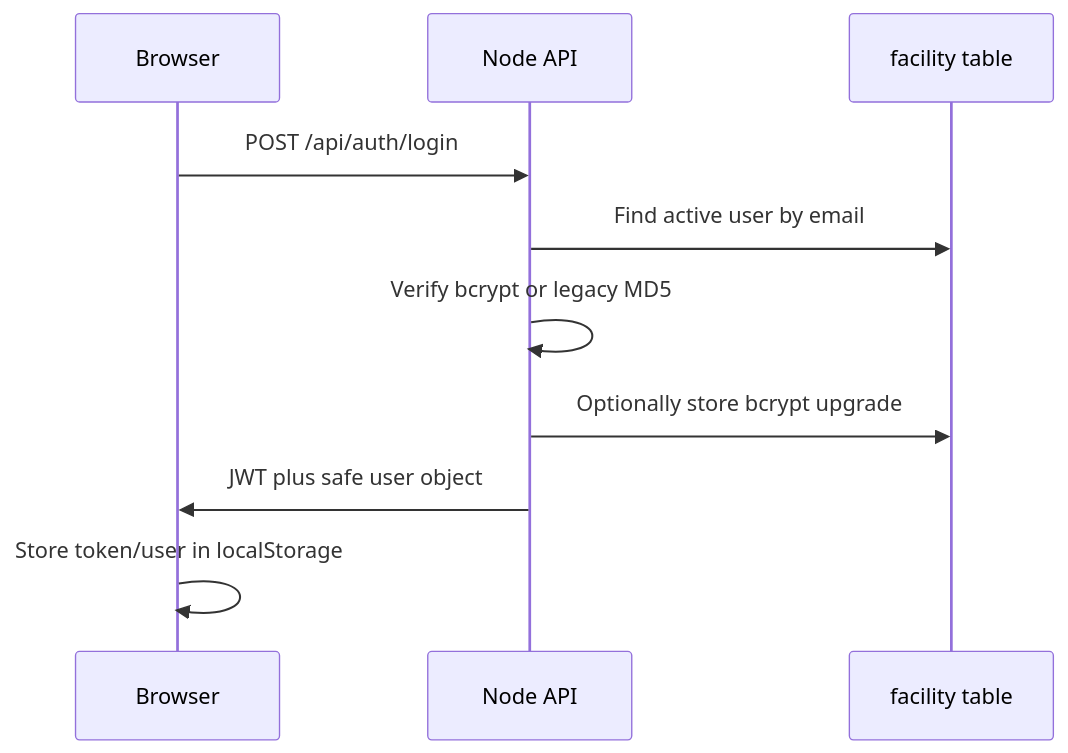
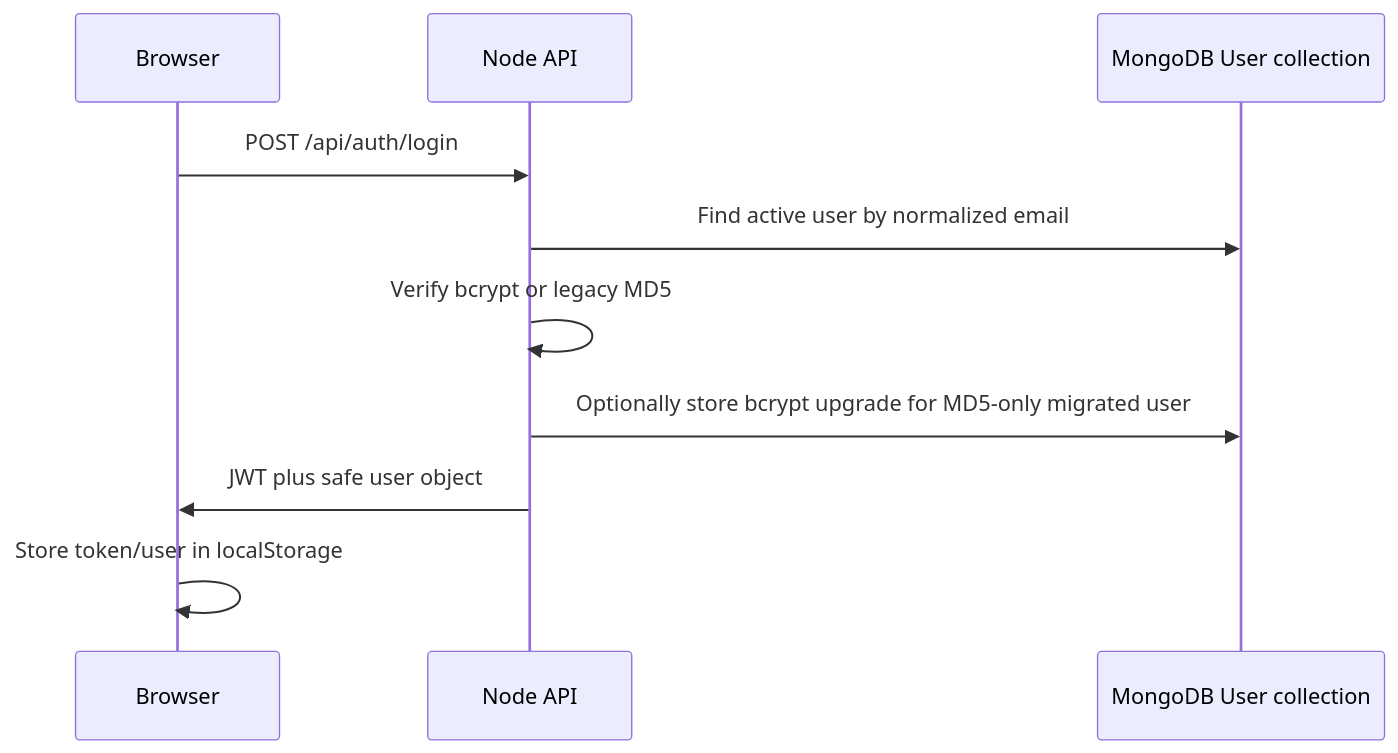
Before and after one commit to UMARSANDA324/murg-app: the diagram in docs/AUTHENTICATION.md, drawn with Mermaid. The commit also changed other lines of this file and 416 other files, not shown here.

````diff
--- a/docs/AUTHENTICATION.md
+++ b/docs/AUTHENTICATION.md
@@ -5,12 +5,12 @@
 ```mermaid
 sequenceDiagram
   participant B as Browser
   participant API as Node API
-  participant DB as facility table
+  participant DB as MongoDB User collection
   B->>API: POST /api/auth/login
-  API->>DB: Find active user by email
+  API->>DB: Find active user by normalized email
   API->>API: Verify bcrypt or legacy MD5
-  API->>DB: Optionally store bcrypt upgrade
+  API->>DB: Optionally store bcrypt upgrade for MD5-only migrated user
   API->>B: JWT plus safe user object
   B->>B: Store token/user in localStorage
 ```
````
